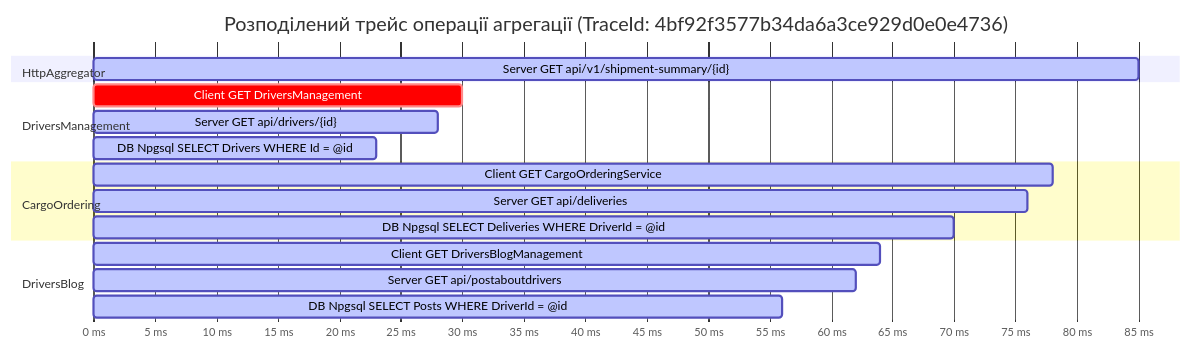
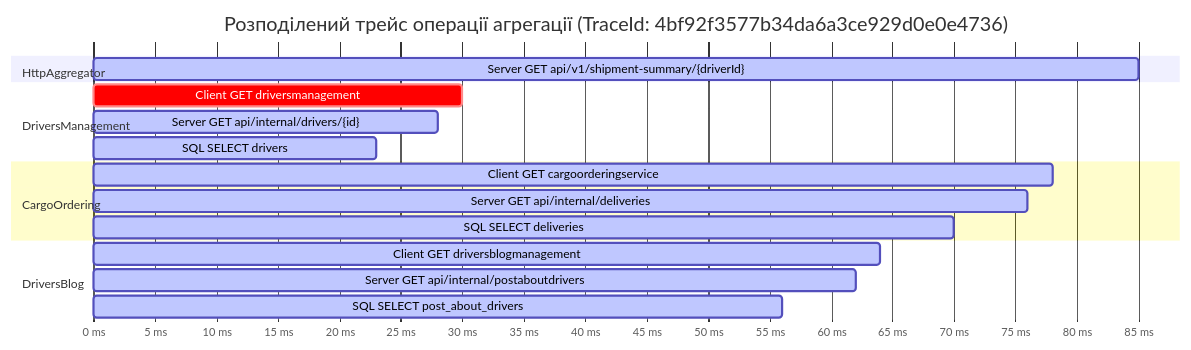
The third of 6 diagrams in 02-Microservices-Craftsman/02-01-Aspire-Documentation/04_Distributed_Tracing_OpenTelemetry_Guide.md (MrTomkaYurii/Demo-CargoDeliveryService), drawn with Mermaid before and after one commit. The commit also changed other lines of this file and 227 other files, not shown here.

````diff
--- a/02-Microservices-Craftsman/02-01-Aspire-Documentation/04_Distributed_Tracing_OpenTelemetry_Guide.md
+++ b/02-Microservices-Craftsman/02-01-Aspire-Documentation/04_Distributed_Tracing_OpenTelemetry_Guide.md
@@ -226,24 +251,24 @@
 ```mermaid
 gantt
     title Розподілений трейс операції агрегації (TraceId: 4bf92f3577b34da6a3ce929d0e0e4736)
     dateFormat X
     axisFormat %s ms
 
     section HttpAggregator
-    Server GET api/v1/shipment-summary/{id}               :active, root, 0, 85
+    Server GET api/v1/shipment-summary/{driverId}         :active, root, 0, 85
 
     section DriversManagement
-    Client GET DriversManagement                          :crit, dm_http, 5, 30
-    Server GET api/drivers/{id}                           :active, dm_srv, 7, 28
-    DB Npgsql SELECT Drivers WHERE Id = @id               :active, dm_sql, 11, 23
+    Client GET driversmanagement                          :crit, dm_http, 5, 30
+    Server GET api/internal/drivers/{id}                  :active, dm_srv, 7, 28
+    SQL SELECT drivers                                    :active, dm_sql, 11, 23
 
     section CargoOrdering
-    Client GET CargoOrderingService                       :active, co_http, 32, 78
-    Server GET api/deliveries                             :active, co_srv, 34, 76
-    DB Npgsql SELECT Deliveries WHERE DriverId = @id      :active, co_sql, 38, 70
+    Client GET cargoorderingservice                       :active, co_http, 32, 78
+    Server GET api/internal/deliveries                    :active, co_srv, 34, 76
+    SQL SELECT deliveries                                 :active, co_sql, 38, 70
 
     section DriversBlog
-    Client GET DriversBlogManagement                      :active, db_http, 32, 64
-    Server GET api/postaboutdrivers                       :active, db_srv, 34, 62
-    DB Npgsql SELECT Posts WHERE DriverId = @id           :active, db_sql, 37, 56
+    Client GET driversblogmanagement                      :active, db_http, 32, 64
+    Server GET api/internal/postaboutdrivers              :active, db_srv, 34, 62
+    SQL SELECT post_about_drivers                         :active, db_sql, 37, 56
 ```
````
